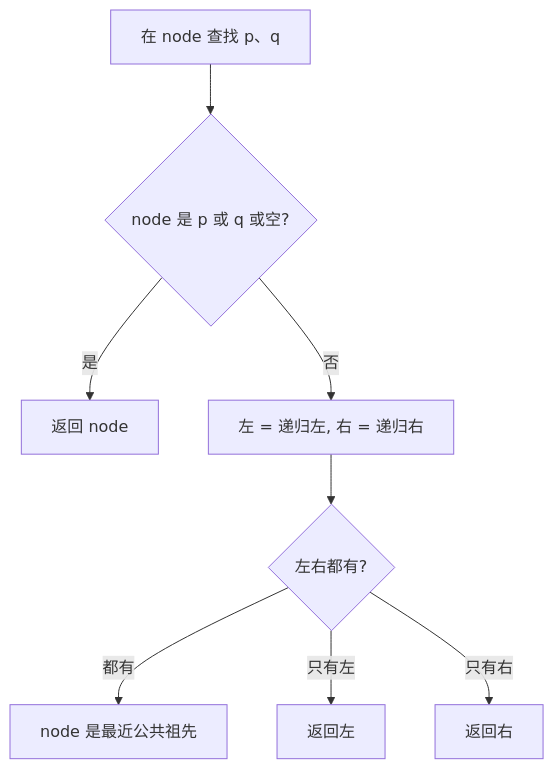
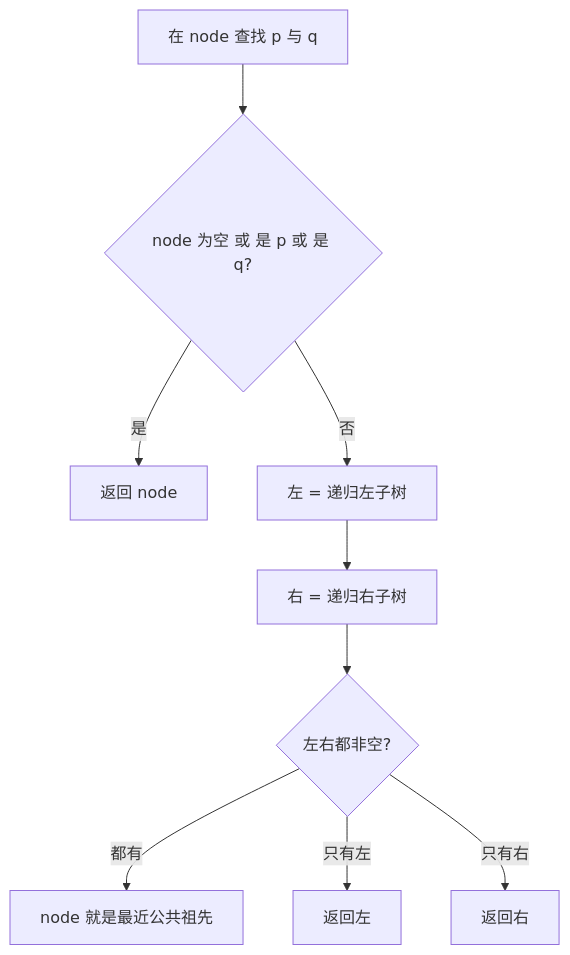
One commit to OctalZero/hot100-py changed the first of 2 diagrams in 09-二叉树/0236-二叉树的最近公共祖先.md. Above: the diagram before and after it, drawn with Mermaid. The commit also changed other lines of this file and 117 other files, not shown here.

First line of the commit message:
feat: 全题解配图升级为「动画式 mermaid」（总览骨架 + 横向时间线逐步推演）

````diff
--- a/09-二叉树/0236-二叉树的最近公共祖先.md
+++ b/09-二叉树/0236-二叉树的最近公共祖先.md
@@ -23,10 +23,11 @@
 ```mermaid
 flowchart TD
-    A["在 node 查找 p、q"] --> B{"node 是 p 或 q 或空?"}
-    B -- "是" --> R["返回 node"]
-    B -- "否" --> C["左 = 递归左, 右 = 递归右"]
-    C --> D{"左右都有?"}
-    D -- "都有" --> E["node 是最近公共祖先"]
-    D -- "只有左" --> F["返回左"]
-    D -- "只有右" --> G["返回右"]
+    A["在 node 查找 p 与 q"] --> B{"node 为空 或 是 p 或 是 q?"}
+    B -->|"是"| R["返回 node"]
+    B -->|"否"| C["左 = 递归左子树"]
+    C --> D["右 = 递归右子树"]
+    D --> E{"左右都非空?"}
+    E -->|"都有"| F["node 就是最近公共祖先"]
+    E -->|"只有左"| G["返回左"]
+    E -->|"只有右"| H["返回右"]
 ```
````
